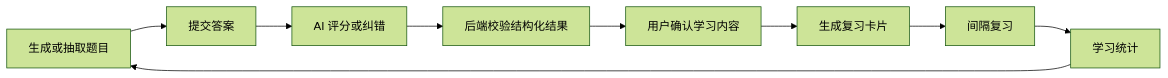
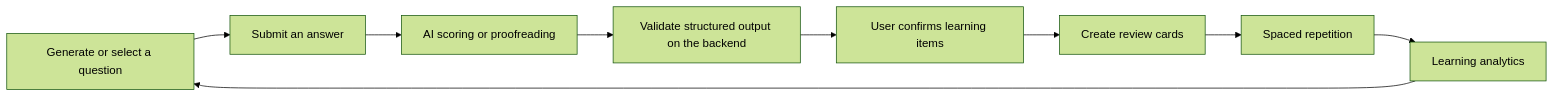
The diagram in README.md (simokuzure/sazare), drawn with Mermaid (forest theme) before and after one commit. The commit also changed other lines of this file and 11 other files, not shown here.

````diff
--- a/README.md
+++ b/README.md
@@ -25,11 +29,11 @@
 ```mermaid
 flowchart LR
-    A["生成或抽取题目"] --> B["提交答案"]
-    B --> C["AI 评分或纠错"]
-    C --> D["后端校验结构化结果"]
-    D --> E["用户确认学习内容"]
-    E --> F["生成复习卡片"]
-    F --> G["间隔复习"]
-    G --> H["学习统计"]
+    A["Generate or select a question"] --> B["Submit an answer"]
+    B --> C["AI scoring or proofreading"]
+    C --> D["Validate structured output on the backend"]
+    D --> E["User confirms learning items"]
+    E --> F["Create review cards"]
+    F --> G["Spaced repetition"]
+    G --> H["Learning analytics"]
     H --> A
 ```
````
